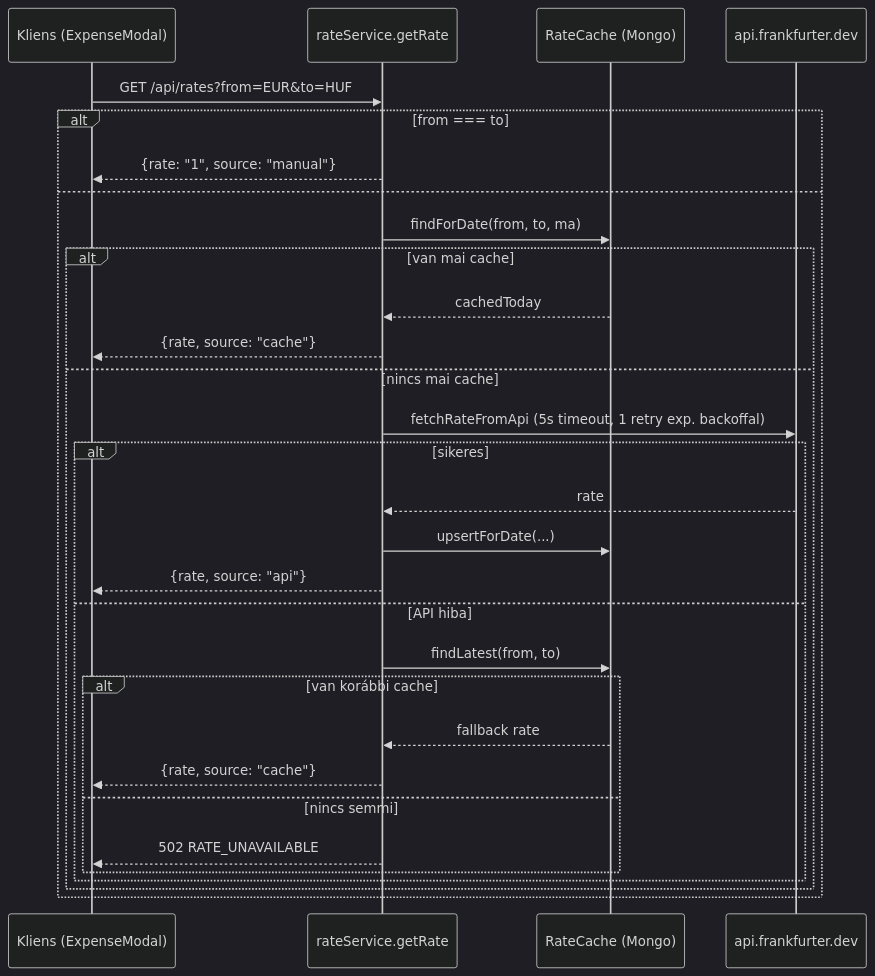
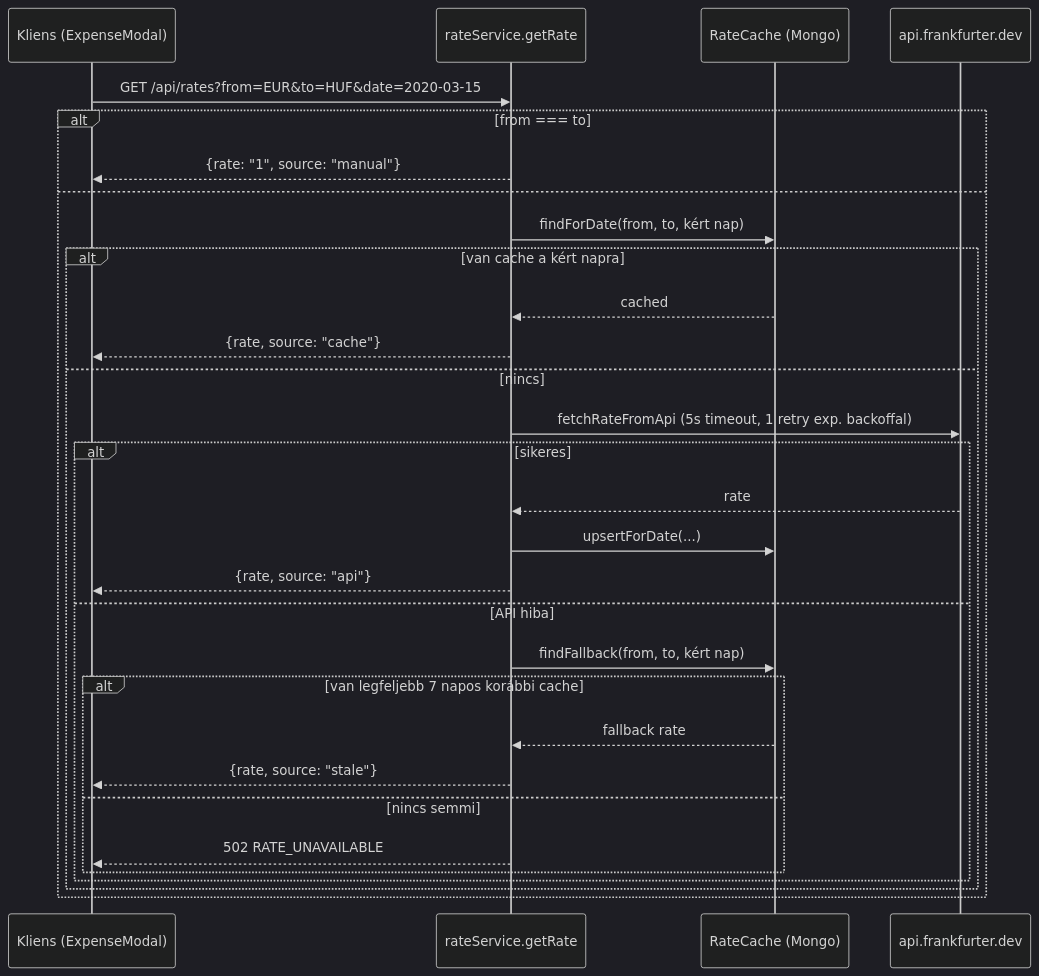
The fourth of 4 diagrams in docs/ARCHITECTURE.md (SunyiUborka/penny), drawn with Mermaid (dark theme) before and after one commit. The commit also changed other lines of this file and 13 other files, not shown here.

Commit message:
feat: árfolyam a kiadás dátumára, nem a mai napra

````diff
--- a/docs/ARCHITECTURE.md
+++ b/docs/ARCHITECTURE.md
@@ -345,33 +353,33 @@
 ```mermaid
 sequenceDiagram
     participant C as Kliens (ExpenseModal)
     participant R as rateService.getRate
     participant Cache as RateCache (Mongo)
     participant Ext as api.frankfurter.dev
 
-    C->>R: GET /api/rates?from=EUR&to=HUF
+    C->>R: GET /api/rates?from=EUR&to=HUF&date=2020-03-15
     alt from === to
         R-->>C: {rate: "1", source: "manual"}
     else
-        R->>Cache: findForDate(from, to, ma)
-        alt van mai cache
-            Cache-->>R: cachedToday
+        R->>Cache: findForDate(from, to, kért nap)
+        alt van cache a kért napra
+            Cache-->>R: cached
             R-->>C: {rate, source: "cache"}
-        else nincs mai cache
+        else nincs
             R->>Ext: fetchRateFromApi (5s timeout, 1 retry exp. backoffal)
             alt sikeres
                 Ext-->>R: rate
                 R->>Cache: upsertForDate(...)
                 R-->>C: {rate, source: "api"}
             else API hiba
-                R->>Cache: findLatest(from, to)
-                alt van korábbi cache
+                R->>Cache: findFallback(from, to, kért nap)
+                alt van legfeljebb 7 napos korábbi cache
                     Cache-->>R: fallback rate
-                    R-->>C: {rate, source: "cache"}
+                    R-->>C: {rate, source: "stale"}
                 else nincs semmi
                     R-->>C: 502 RATE_UNAVAILABLE
                 end
             end
         end
     end
 ```
````
